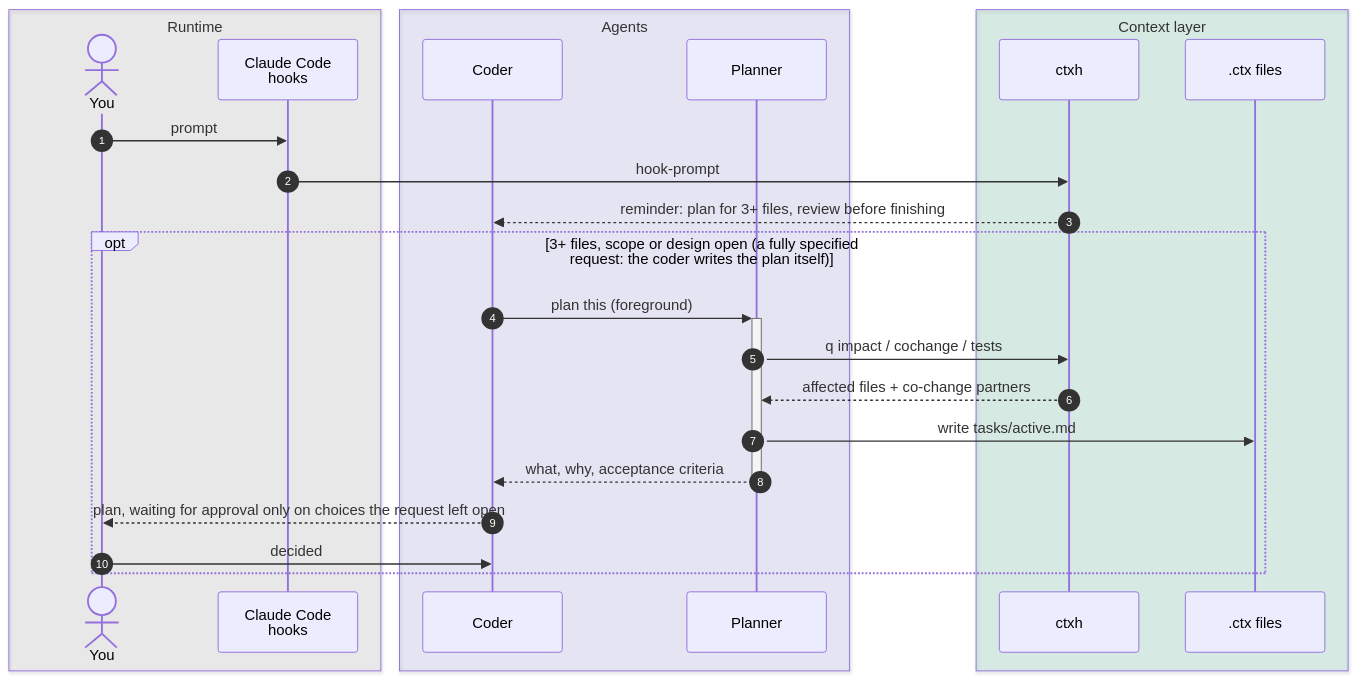
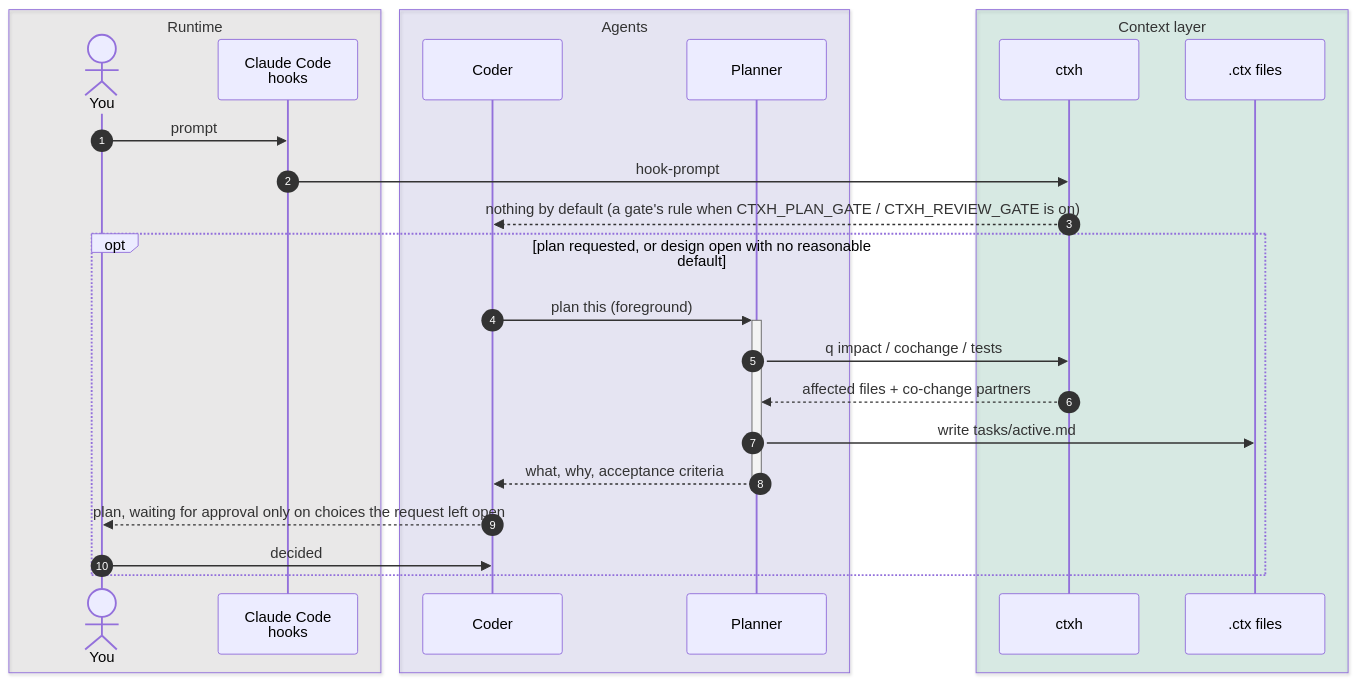
Before and after one commit to ahmetask/ctx-harness: the second of 6 diagrams in docs/flow.md, drawn with Mermaid. The commit also changed other lines of this file and 21 other files, not shown here.

````diff
--- a/docs/flow.md
+++ b/docs/flow.md
@@ -43,28 +43,28 @@
 ```mermaid
 sequenceDiagram
     autonumber
     box rgba(136,135,128,0.12) Runtime
         actor U as You
         participant CC as Claude Code<br/>hooks
     end
     box rgba(127,119,221,0.14) Agents
         participant C as Coder
         participant P as Planner
     end
     box rgba(29,158,117,0.14) Context layer
         participant X as ctxh
         participant F as .ctx files
     end
     U->>CC: prompt
     CC->>X: hook-prompt
-    X-->>C: reminder: plan for 3+ files, review before finishing
-    opt 3+ files, scope or design open (a fully specified request: the coder writes the plan itself)
+    X-->>C: nothing by default (a gate's rule when CTXH_PLAN_GATE / CTXH_REVIEW_GATE is on)
+    opt plan requested, or design open with no reasonable default
         C->>+P: plan this (foreground)
         P->>X: q impact / cochange / tests
         X-->>P: affected files + co-change partners
         P->>F: write tasks/active.md
         P-->>-C: what, why, acceptance criteria
         C-->>U: plan, waiting for approval only on choices the request left open
         U->>C: decided
     end
 ```
````
